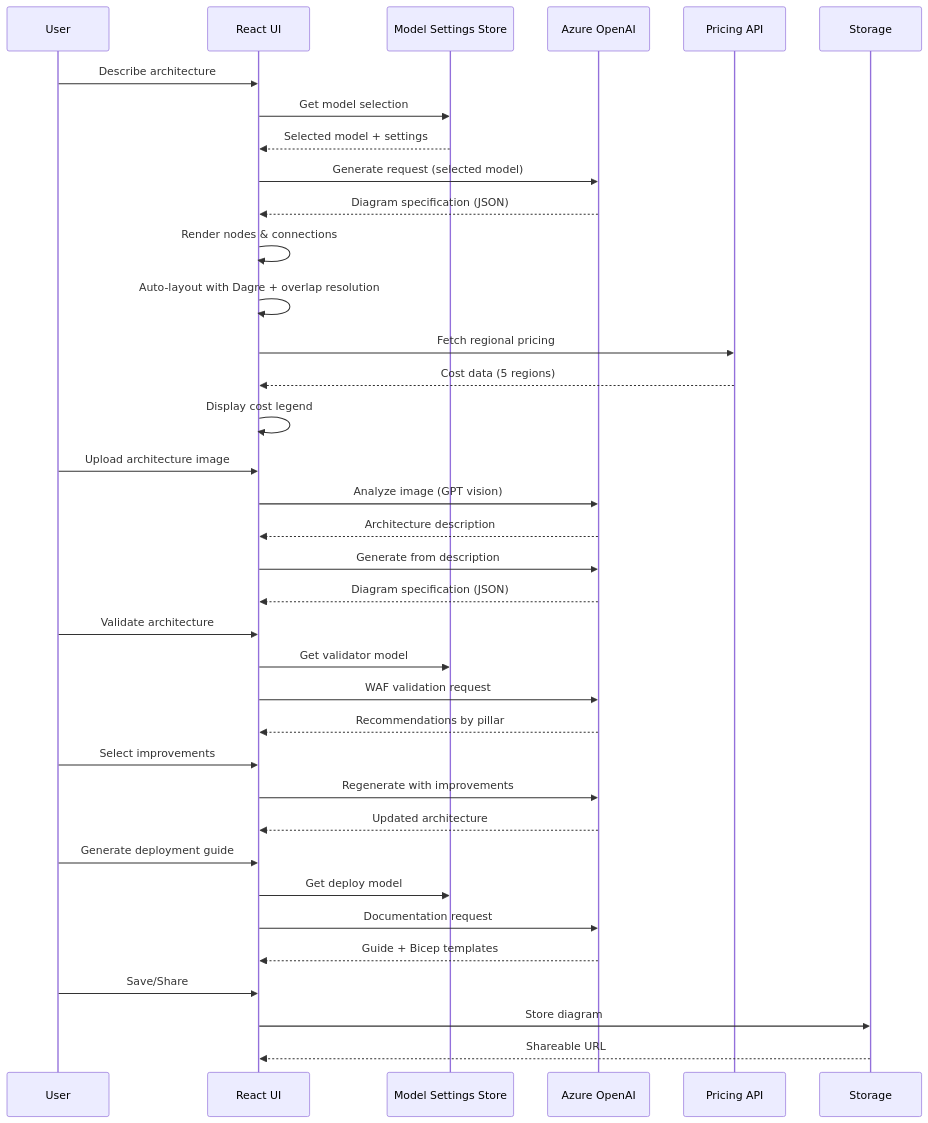
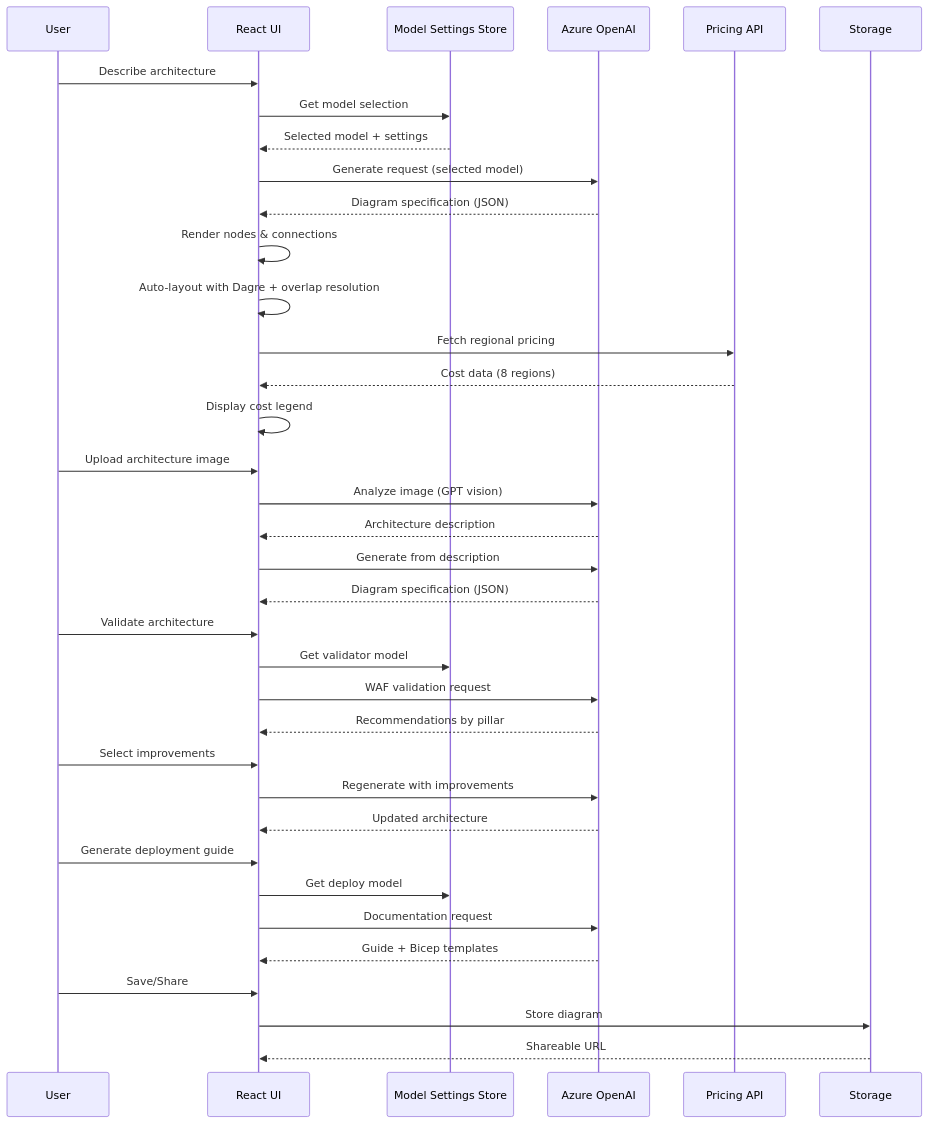
The second of 3 diagrams in README.md (Arturo-Quiroga-MSFT/azure-architecture-diagram-builder), drawn with Mermaid before and after one commit. The commit also changed other lines of this file, not shown here.

First line of the commit message:
docs: update README for 8 regions, multi-region cost export, draggable reference image

````diff
--- a/README.md
+++ b/README.md
@@ -224,43 +238,43 @@
 ```mermaid
 sequenceDiagram
     participant U as User
     participant UI as React UI
     participant MS as Model Settings Store
     participant AI as Azure OpenAI
     participant P as Pricing API
     participant S as Storage
 
     U->>UI: Describe architecture
     UI->>MS: Get model selection
     MS-->>UI: Selected model + settings
     UI->>AI: Generate request (selected model)
     AI-->>UI: Diagram specification (JSON)
     UI->>UI: Render nodes & connections
     UI->>UI: Auto-layout with Dagre + overlap resolution
     UI->>P: Fetch regional pricing
-    P-->>UI: Cost data (5 regions)
+    P-->>UI: Cost data (8 regions)
     UI->>UI: Display cost legend
     
     U->>UI: Upload architecture image
     UI->>AI: Analyze image (GPT vision)
     AI-->>UI: Architecture description
     UI->>AI: Generate from description
     AI-->>UI: Diagram specification (JSON)
     
     U->>UI: Validate architecture
     UI->>MS: Get validator model
     UI->>AI: WAF validation request
     AI-->>UI: Recommendations by pillar
     U->>UI: Select improvements
     UI->>AI: Regenerate with improvements
     AI-->>UI: Updated architecture
     
     U->>UI: Generate deployment guide
     UI->>MS: Get deploy model
     UI->>AI: Documentation request
     AI-->>UI: Guide + Bicep templates
     
     U->>UI: Save/Share
     UI->>S: Store diagram
     S-->>UI: Shareable URL
 ```
````
